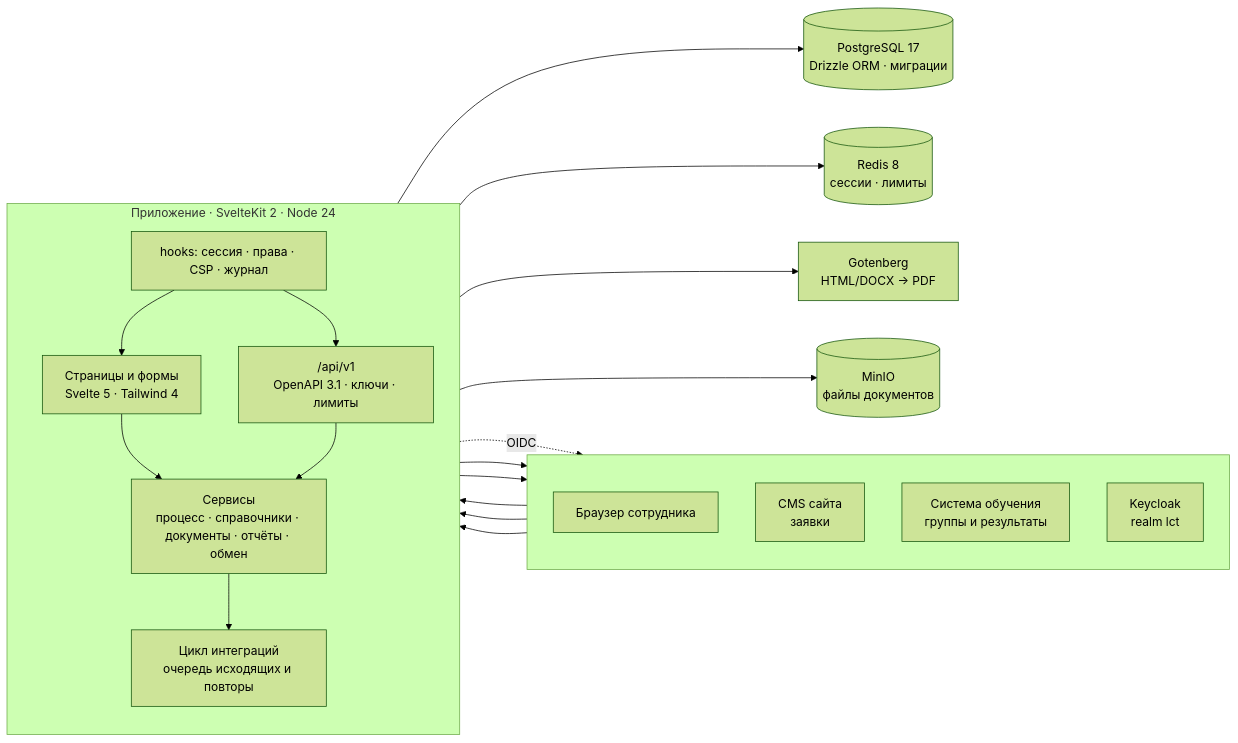
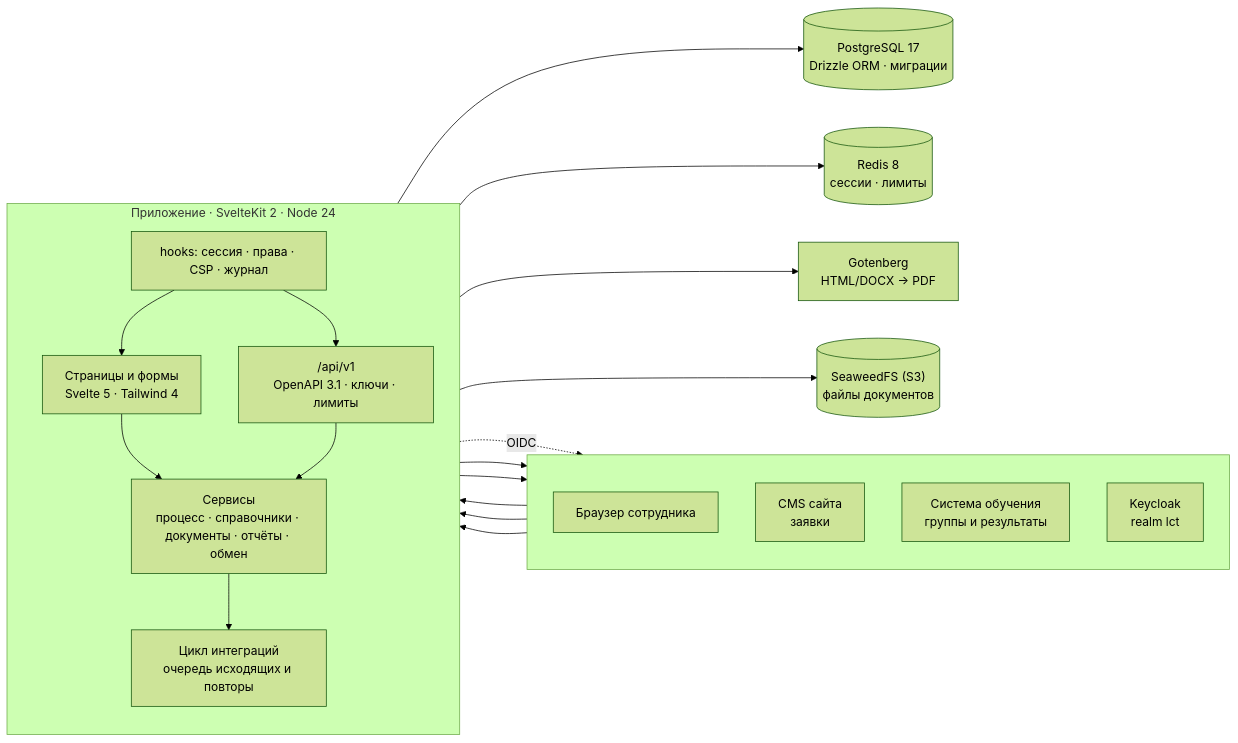
Before and after one commit to volkv/alma-crm-2026: the diagram in README.md, drawn with Mermaid (forest theme). The commit also changed other lines of this file and 30 other files, not shown here.

First line of the commit message:
Хранилище файлов — SeaweedFS вместо MinIO

````diff
--- a/README.md
+++ b/README.md
@@ -540,40 +540,40 @@
 ```mermaid
 flowchart LR
     subgraph outside[" "]
         direction TB
         B["Браузер сотрудника"]
         CMS["CMS сайта<br/>заявки"]
         LMS["Система обучения<br/>группы и результаты"]
         KC["Keycloak<br/>realm lct"]
     end
 
     subgraph app["Приложение · SvelteKit 2 · Node 24"]
         direction TB
         H["hooks: сессия · права · CSP · журнал"]
         UI["Страницы и формы<br/>Svelte 5 · Tailwind 4"]
         API["/api/v1<br/>OpenAPI 3.1 · ключи · лимиты"]
         S["Сервисы<br/>процесс · справочники · документы · отчёты · обмен"]
         OB["Цикл интеграций<br/>очередь исходящих и повторы"]
         H --> UI
         H --> API
         UI --> S
         API --> S
         S --> OB
     end
 
     PG[("PostgreSQL 17<br/>Drizzle ORM · миграции")]
     R[("Redis 8<br/>сессии · лимиты")]
     G["Gotenberg<br/>HTML/DOCX → PDF"]
-    F[("MinIO<br/>файлы документов")]
+    F[("SeaweedFS (S3)<br/>файлы документов")]
 
     B --> H
     CMS --> API
     H -.OIDC.-> KC
     OB --> CMS
     OB --> LMS
     LMS --> API
     S --> PG
     S --> R
     S --> G
     S --> F
 ```
````
